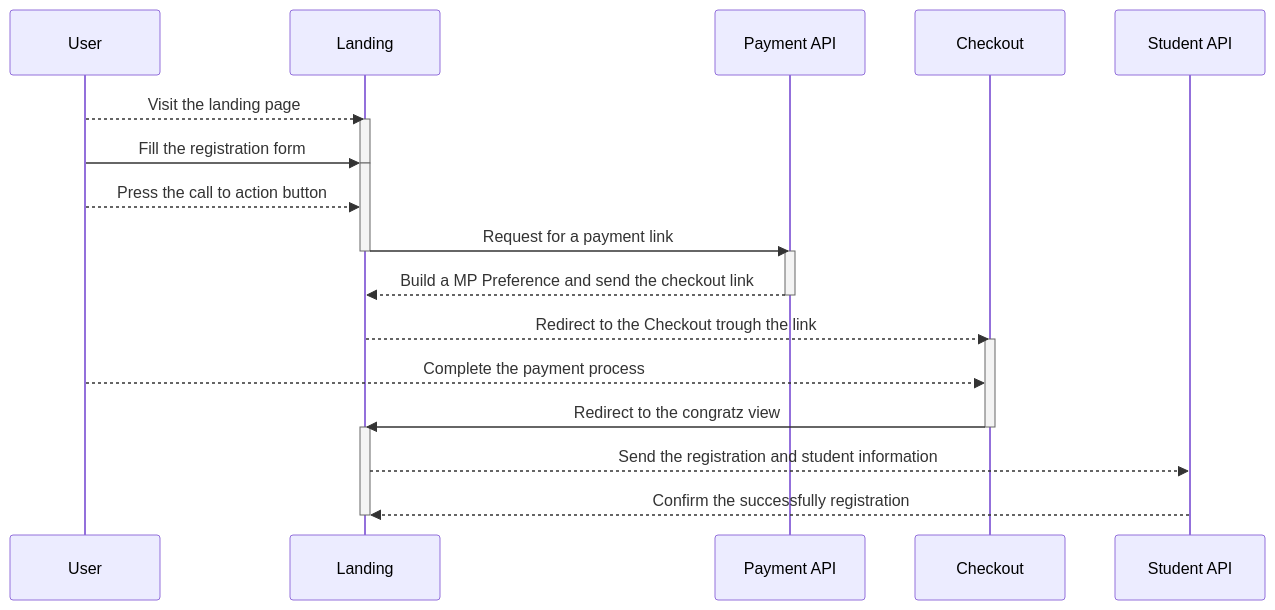
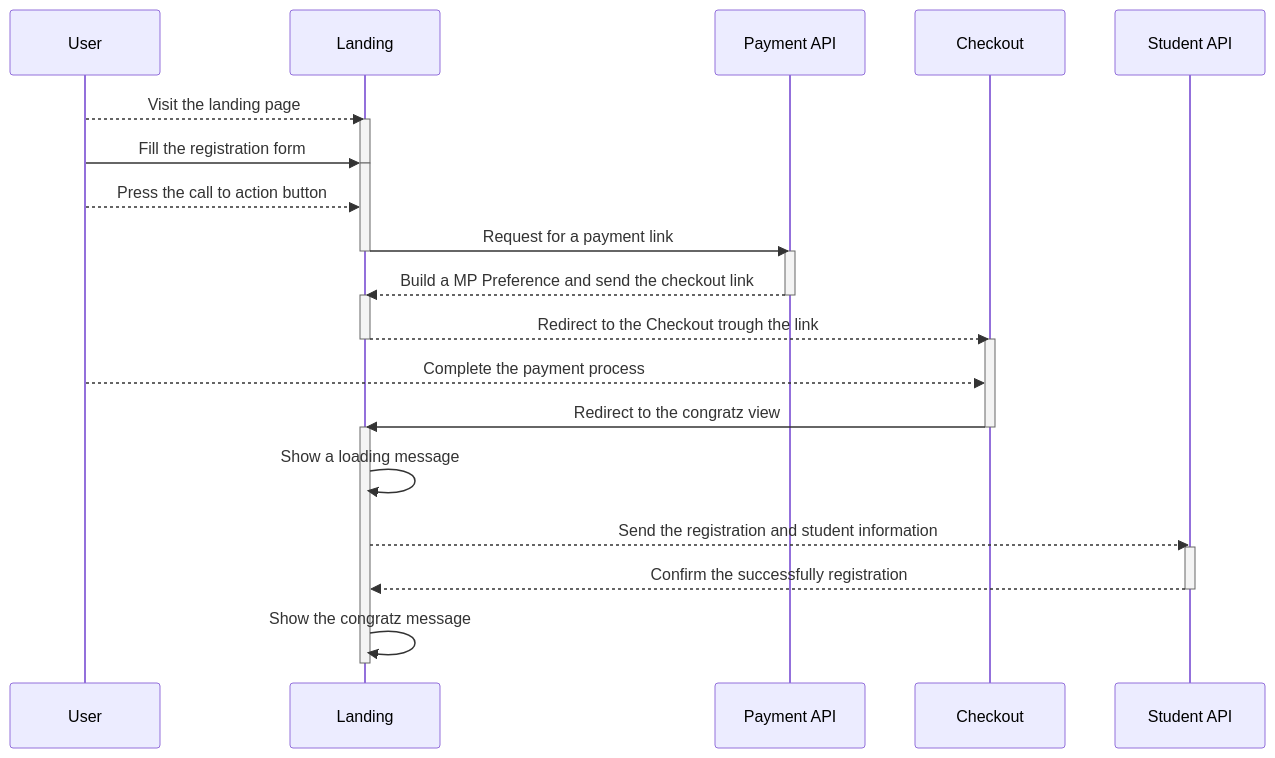
The diagram in readme.md (Groway-Studio/technical-interview-course-landing), drawn with Mermaid before and after one commit.

````diff
--- a/readme.md
+++ b/readme.md
@@ -1,28 +1,34 @@
 ```mermaid
 sequenceDiagram
 participant User
 participant Landing
 participant Payment API
 participant Checkout
 participant Student API
 User -->> Landing : Visit the landing page
 activate Landing
 User ->> Landing : Fill the registration form
 deactivate Landing
 activate Landing
 User -->> Landing : Press the call to action button
 Landing ->> Payment API : Request for a payment link
 deactivate Landing
 activate Payment API
 Payment API -->> Landing : Build a MP Preference and send the checkout link
 deactivate Payment API
+activate Landing
 Landing -->> Checkout : Redirect to the Checkout trough the link
+deactivate Landing
 activate Checkout
 User -->> Checkout : Complete the payment process
 Checkout ->> Landing : Redirect to the congratz view
 deactivate Checkout
 activate Landing
+Landing ->> Landing : Show a loading message
 Landing -->> Student API : Send the registration and student information 
+activate Student API
 Student API -->> Landing : Confirm the successfully registration
+deactivate Student API
+Landing ->> Landing : Show the congratz message
 deactivate Landing
 ```
````
